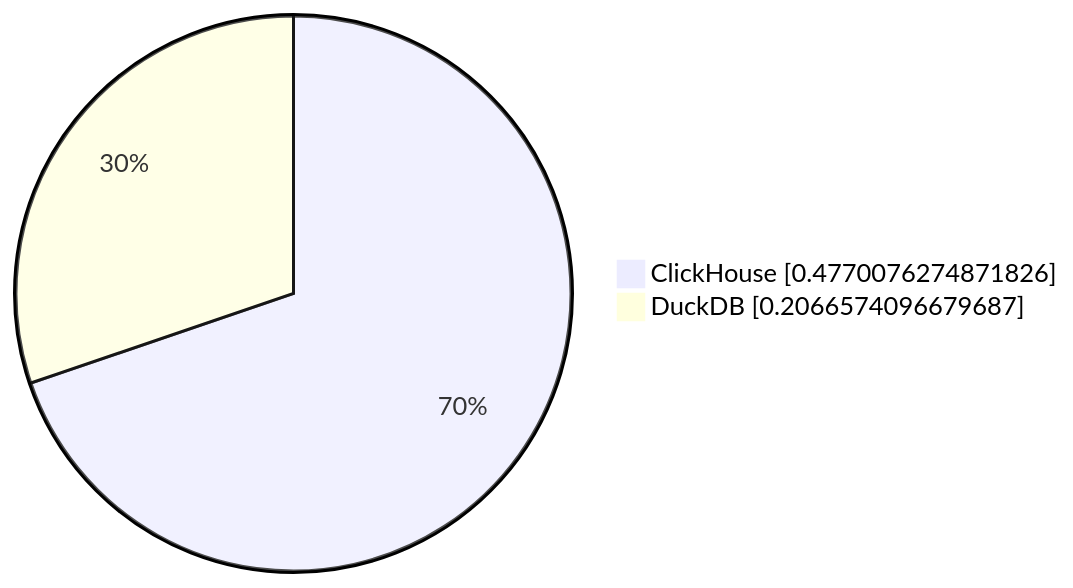
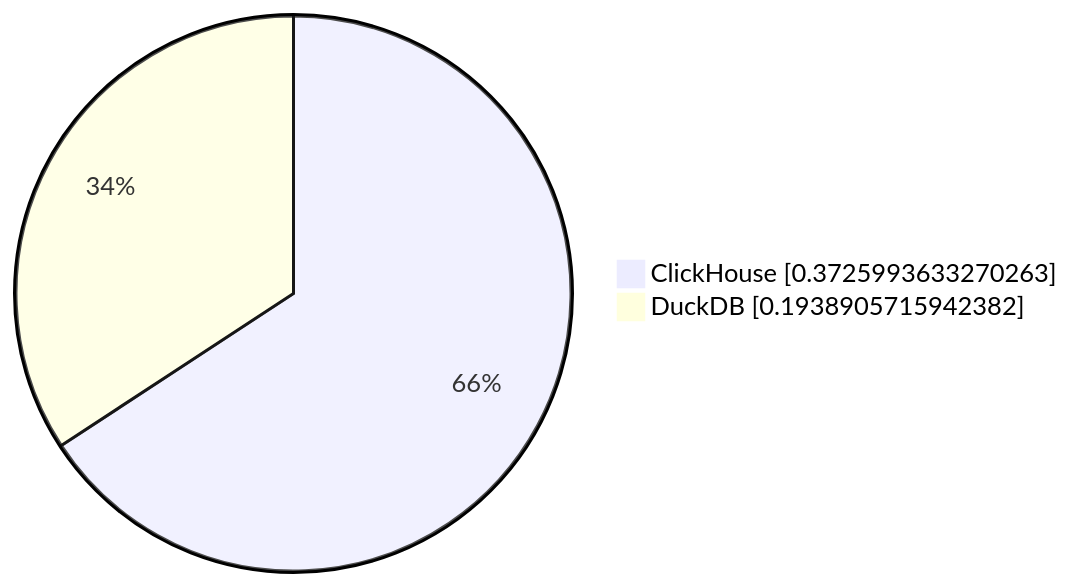
Before and after one commit to Altinity/clickhouse-regression: the seventh of 19 diagrams in parquet/performance/results/hits/23.11.1.2711-alpine/README.md, drawn with Mermaid. The commit also changed other lines of this file and 8 other files, not shown here.

````diff
--- a/parquet/performance/results/hits/23.11.1.2711-alpine/README.md
+++ b/parquet/performance/results/hits/23.11.1.2711-alpine/README.md
@@ -70,5 +70,5 @@
 ```mermaid
      pie showData
-         "ClickHouse" : 0.4770076274871826
-         "DuckDB" : 0.2066574096679687
+         "ClickHouse" : 0.3725993633270263
+         "DuckDB" : 0.1938905715942382
 ```
````
